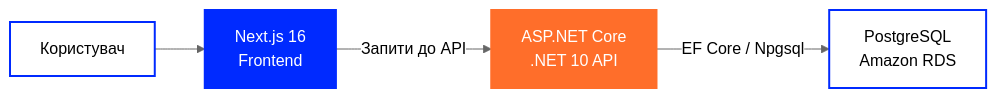
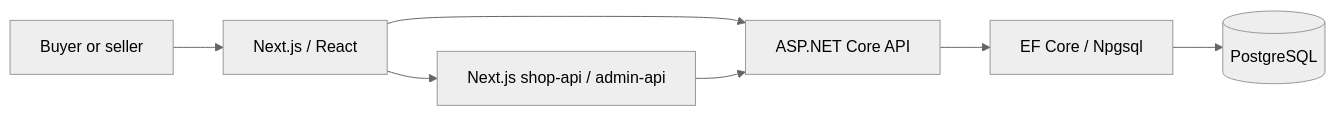
One commit to tr3ba/.github changed the first of 2 diagrams in README.uk.md. Above: the diagram before and after it, drawn with Mermaid (neutral theme). The commit also changed other lines of this file, not shown here.

````diff
--- a/README.uk.md
+++ b/README.uk.md
@@ -323,19 +111,9 @@
-```mermaid
+~~~mermaid
 flowchart LR
-
-    USER["Користувач"]
-    FRONT["Next.js 16<br/>Frontend"]
-    API["ASP.NET Core<br/>.NET 10 API"]
-    DB["PostgreSQL<br/>Amazon RDS"]
-
-    USER --> FRONT
-
-    FRONT -->|"Запити до API"| API
-
-    API -->|"EF Core / Npgsql"| DB
-
-    style USER fill:#ffffff,color:#000000,stroke:#002AFF,stroke-width:2px
-    style FRONT fill:#002AFF,color:#ffffff,stroke:#002AFF,stroke-width:2px
-    style API fill:#FF6E2A,color:#ffffff,stroke:#FF6E2A,stroke-width:2px
-    style DB fill:#ffffff,color:#000000,stroke:#002AFF,stroke-width:2px
-```
+    USER["Buyer or seller"] --> WEB["Next.js / React"]
+    WEB --> API["ASP.NET Core API"]
+    API --> DATA["EF Core / Npgsql"]
+    DATA --> DB[("PostgreSQL")]
+    WEB --> ROUTES["Next.js shop-api / admin-api"]
+    ROUTES --> API
+~~~
````
